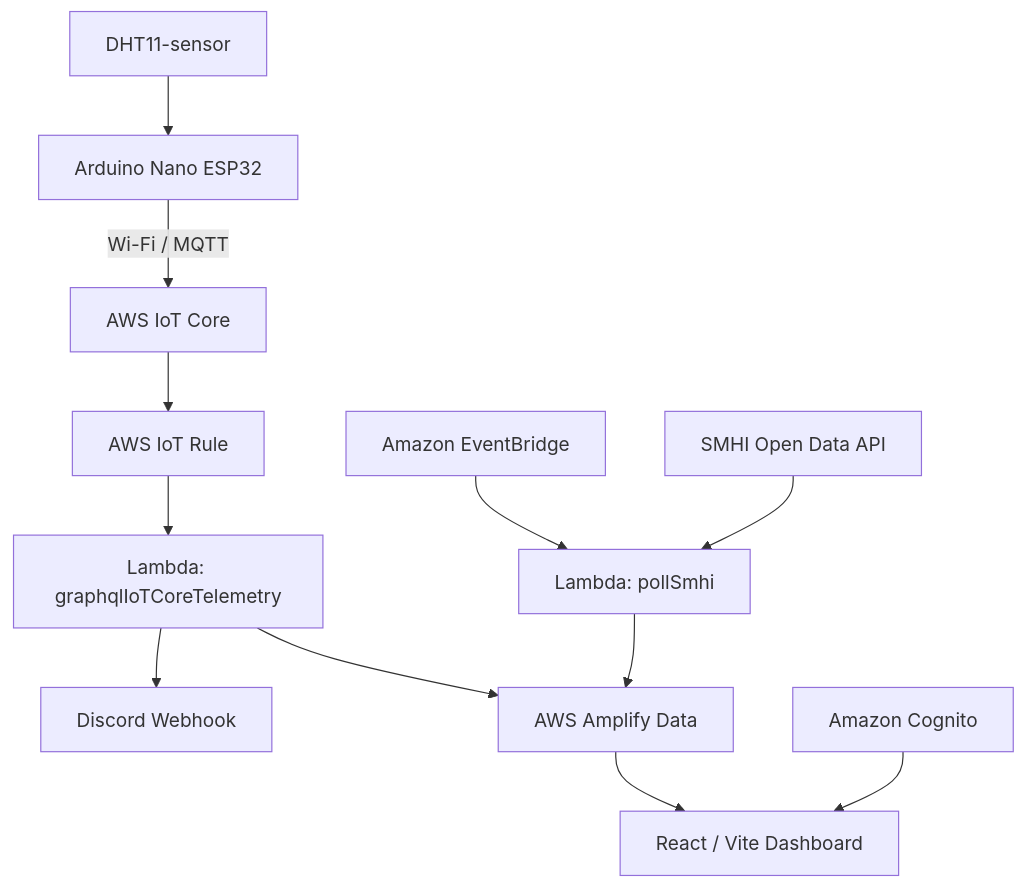
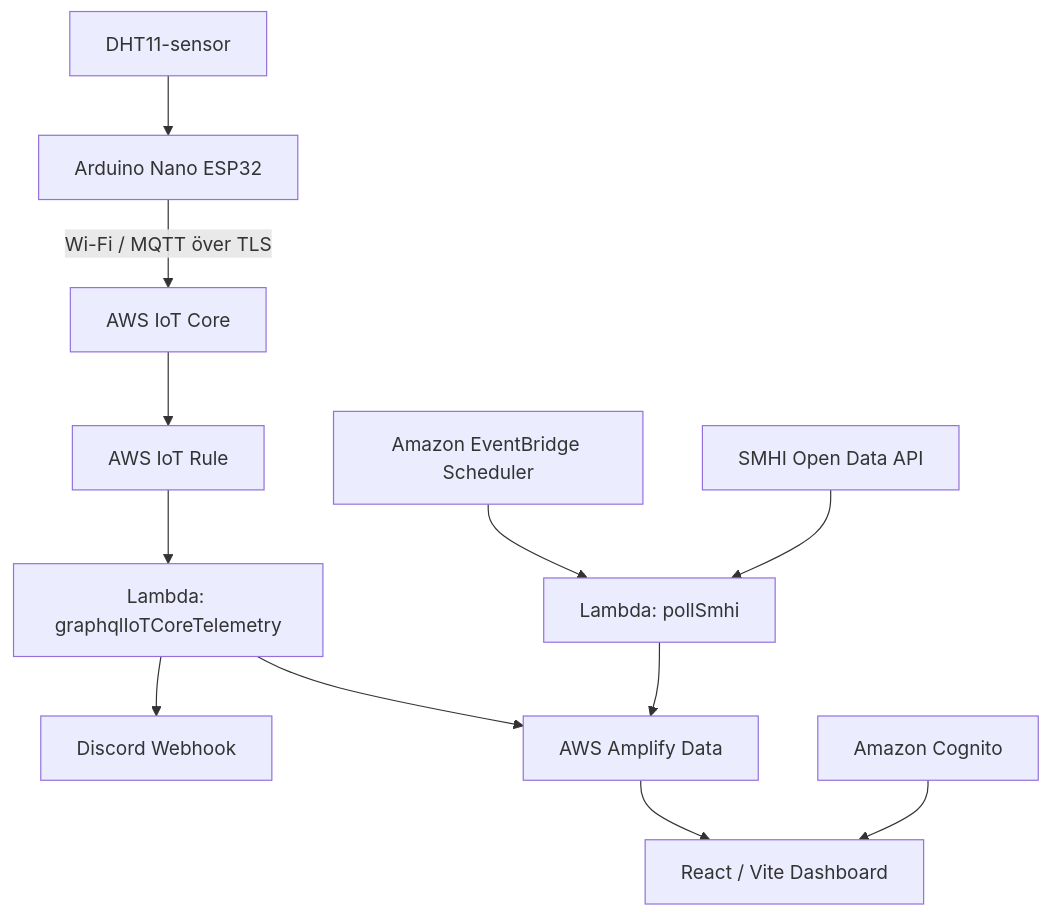
The diagram in README.md (guduudow846/amplify-vite-react-template-2025-modified-main), drawn with Mermaid before and after one commit. The commit also changed other lines of this file, not shown here.

````diff
--- a/README.md
+++ b/README.md
@@ -60,16 +60,16 @@
 ```mermaid
 flowchart TD
     A[DHT11-sensor] --> B[Arduino Nano ESP32]
-    B -->|Wi-Fi / MQTT| C[AWS IoT Core]
+    B -->|Wi-Fi / MQTT över TLS| C[AWS IoT Core]
     C --> D[AWS IoT Rule]
     D --> E[Lambda: graphqlIoTCoreTelemetry]
     E --> F[AWS Amplify Data]
     F --> G[React / Vite Dashboard]
 
-    H[Amazon EventBridge] --> I[Lambda: pollSmhi]
+    H[Amazon EventBridge Scheduler] --> I[Lambda: pollSmhi]
     J[SMHI Open Data API] --> I
     I --> F
 
     E --> K[Discord Webhook]
     L[Amazon Cognito] --> G
 ```
````
